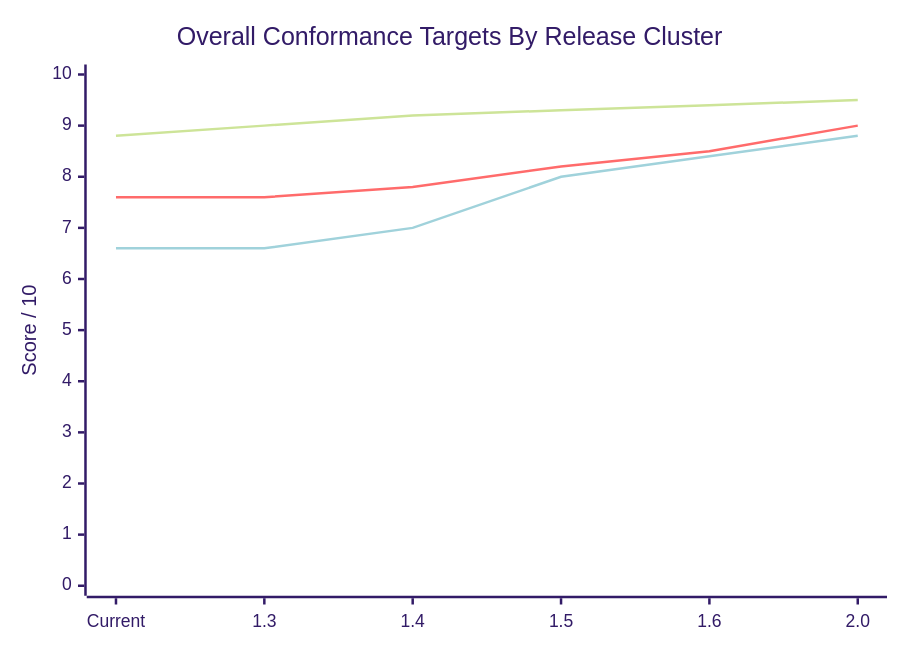
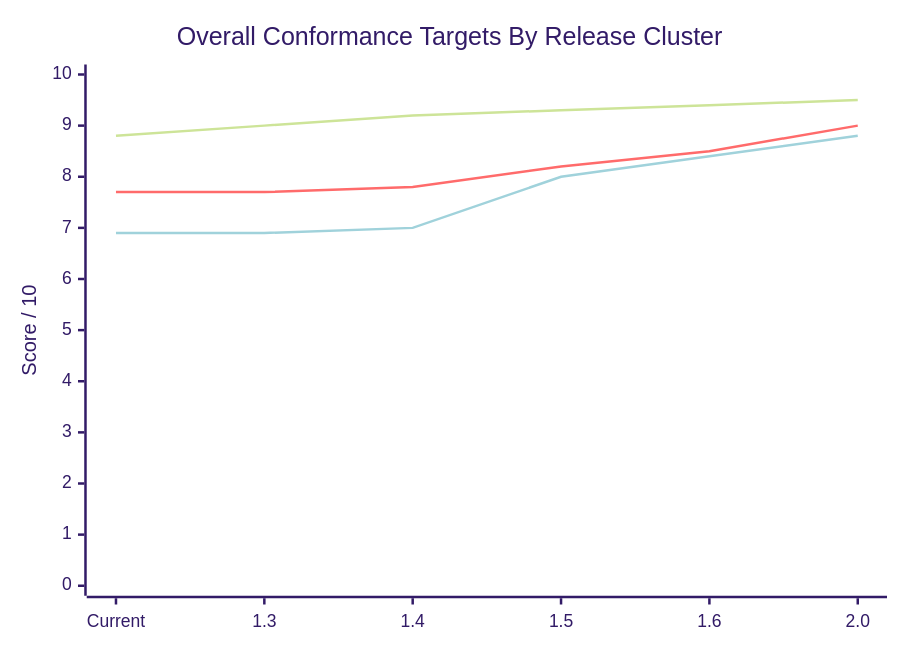
Before and after one commit to sgwoods/Codex-Test1: the diagram in CONFORMANCE_METRICS_OVERVIEW.md, drawn with Mermaid (forest theme). The commit also changed other lines of this file and 49 other files, not shown here.

````diff
--- a/CONFORMANCE_METRICS_OVERVIEW.md
+++ b/CONFORMANCE_METRICS_OVERVIEW.md
@@ -27,9 +27,9 @@
 ```mermaid
 xychart-beta
   title "Overall Conformance Targets By Release Cluster"
   x-axis ["Current", "1.3", "1.4", "1.5", "1.6", "2.0"]
   y-axis "Score / 10" 0 --> 10
   line "Aurora Galactica" [8.8, 9.0, 9.2, 9.3, 9.4, 9.5]
-  line "Galaxy Guardians Reference" [7.6, 7.6, 7.8, 8.2, 8.5, 9.0]
-  line "Galaxy Guardians Playtest" [6.6, 6.6, 7.0, 8.0, 8.4, 8.8]
+  line "Galaxy Guardians Reference" [7.7, 7.7, 7.8, 8.2, 8.5, 9.0]
+  line "Galaxy Guardians Playtest" [6.9, 6.9, 7.0, 8.0, 8.4, 8.8]
 ```
````
